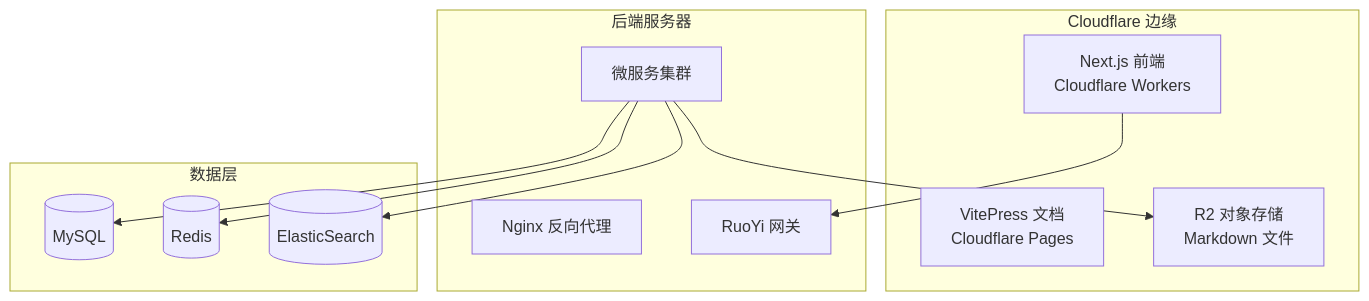
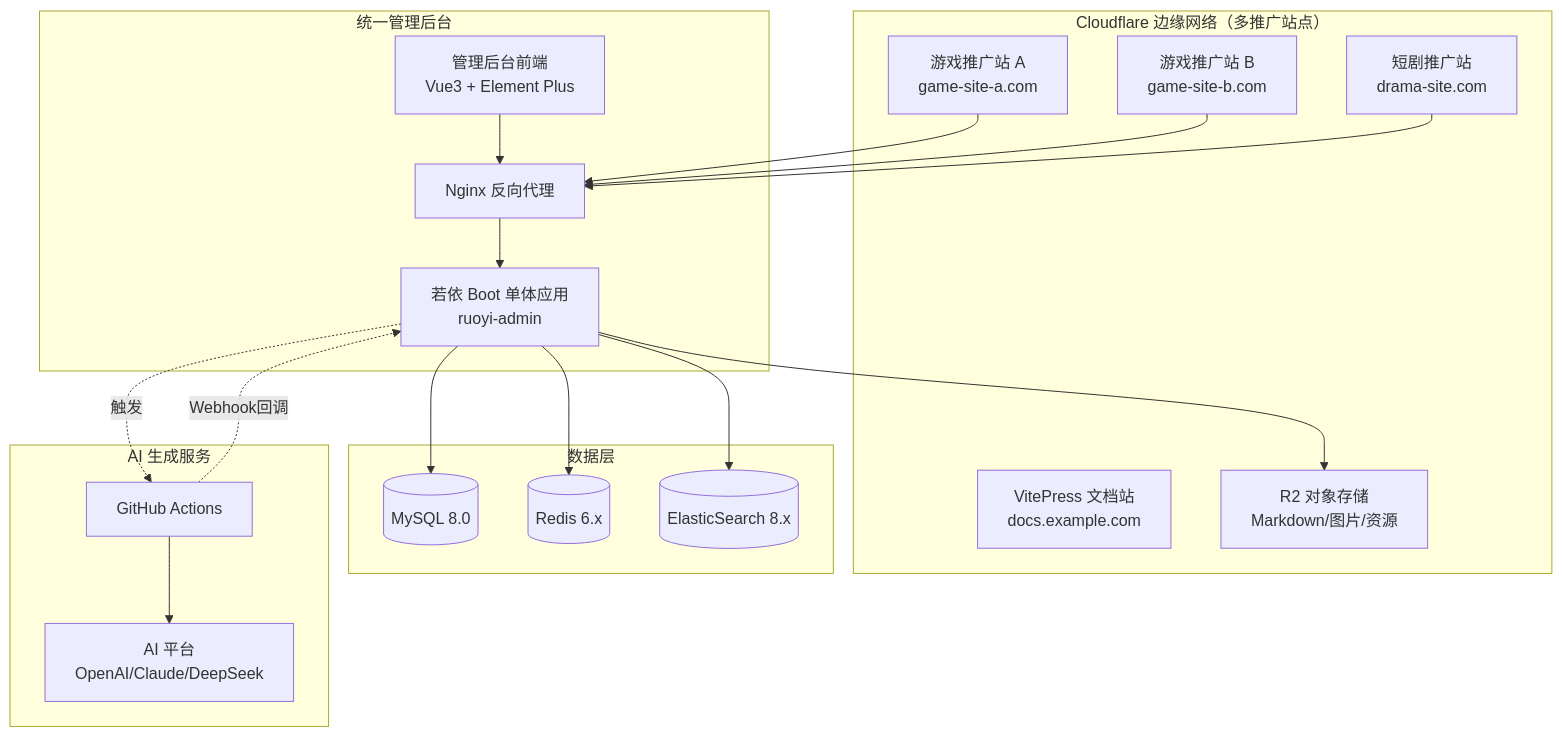
One commit to MisinGuo/game-box-web changed the diagram in docs/部署教程.md. Above: the diagram before and after it, drawn with Mermaid. The commit also changed other lines of this file and 15 other files, not shown here.

````diff
--- a/docs/部署教程.md
+++ b/docs/部署教程.md
@@ -11,26 +16,40 @@
 ```mermaid
 graph TB
-    subgraph "Cloudflare 边缘"
-        A[Next.js 前端<br/>Cloudflare Workers]
-        B[VitePress 文档<br/>Cloudflare Pages]
-        C[R2 对象存储<br/>Markdown 文件]
+    subgraph "Cloudflare 边缘网络（多推广站点）"
+        A1[游戏推广站 A<br/>game-site-a.com]
+        A2[游戏推广站 B<br/>game-site-b.com]
+        A3[短剧推广站<br/>drama-site.com]
+        B[VitePress 文档站<br/>docs.example.com]
+        C[R2 对象存储<br/>Markdown/图片/资源]
     end
     
-    subgraph "后端服务器"
+    subgraph "统一管理后台"
         D[Nginx 反向代理]
-        E[RuoYi 网关]
-        F[微服务集群]
+        E[若依 Boot 单体应用<br/>ruoyi-admin]
+        F[管理后台前端<br/>Vue3 + Element Plus]
     end
     
     subgraph "数据层"
-        G[(MySQL)]
-        H[(Redis)]
-        I[(ElasticSearch)]
+        G[(MySQL 8.0)]
+        H[(Redis 6.x)]
+        I[(ElasticSearch 8.x)]
     end
     
-    A --> E
-    F --> G
-    F --> H
-    F --> I
-    F --> C
+    subgraph "AI 生成服务"
+        J[GitHub Actions]
+        K[AI 平台<br/>OpenAI/Claude/DeepSeek]
+    end
+    
+    A1 --> D
+    A2 --> D
+    A3 --> D
+    D --> E
+    F --> D
+    E --> G
+    E --> H
+    E --> I
+    E --> C
+    E -.触发.-> J
+    J --> K
+    J -.Webhook回调.-> E
 ```
````
